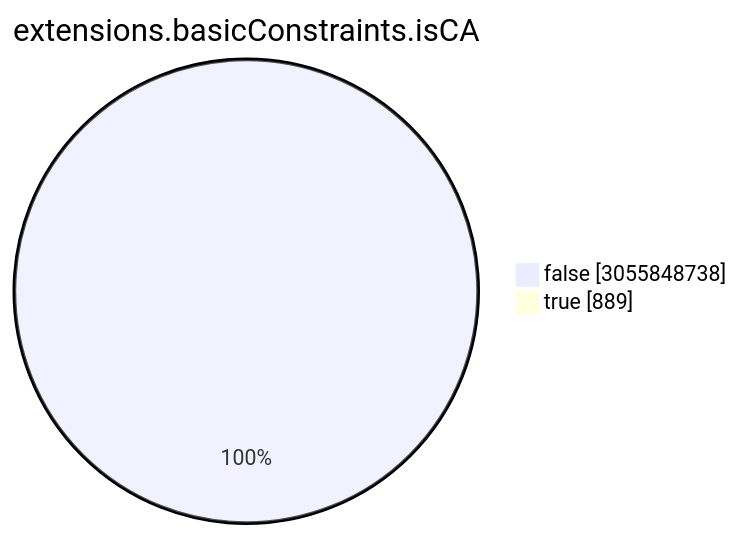
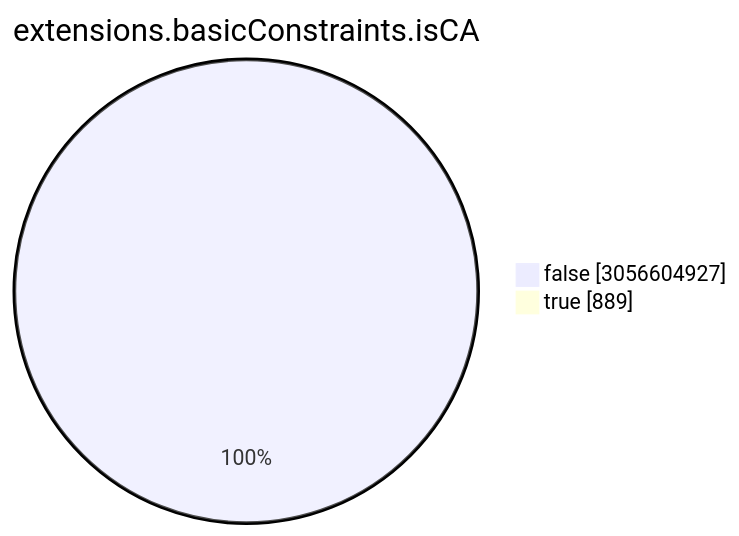
Before and after one commit to christiankrug/ctmonitor_visualization: the seventh of 15 diagrams in TOTAL/README.md, drawn with Mermaid. The commit also changed other lines of this file, not shown here.

````diff
--- a/TOTAL/README.md
+++ b/TOTAL/README.md
@@ -3086,6 +3086,6 @@
 ```mermaid
 pie showData
 title extensions.basicConstraints.isCA
-"false" :3055848738
+"false" :3056604927
 "true" :889
 ```
````
